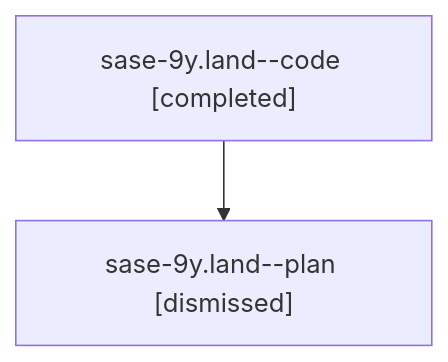
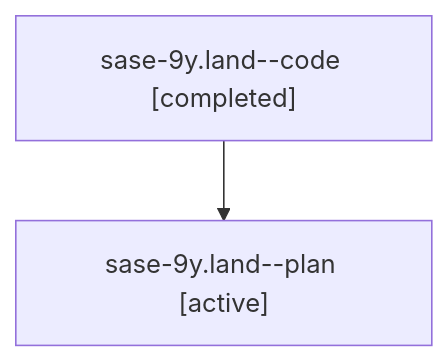
The diagram in families/bbugyi200.athena.sase-9y.land.md (sase-org/sase--agents), drawn with Mermaid before and after one commit. The commit also changed other lines of this file and 5813 other files, not shown here.

````diff
--- a/families/bbugyi200.athena.sase-9y.land.md
+++ b/families/bbugyi200.athena.sase-9y.land.md
@@ -9,6 +9,6 @@
 ```mermaid
 flowchart TD
   n0["sase-9y.land--code [completed]"]
-  n1["sase-9y.land--plan [dismissed]"]
+  n1["sase-9y.land--plan [active]"]
   n0 --> n1
 ```
````
